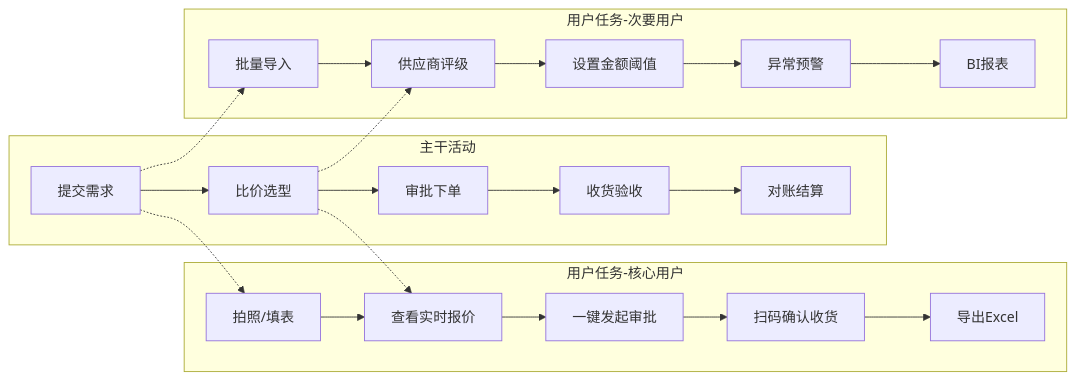
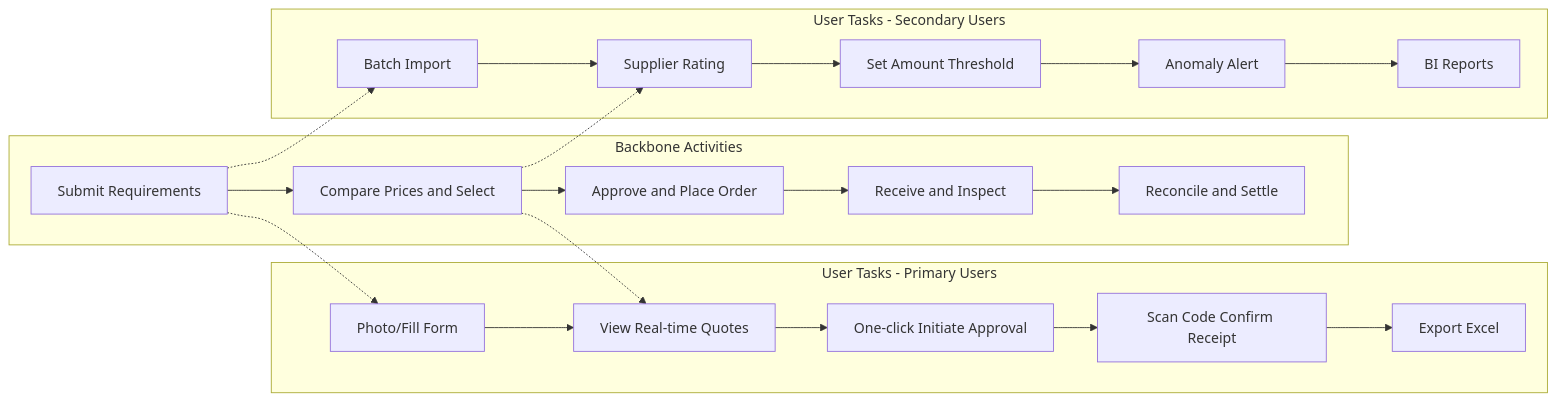
One commit to Kirky-X/cangjie changed the fifth of 17 diagrams in templates/产品/战略层/【模板】市场需求文档.md. Above: the diagram before and after it, drawn with Mermaid. The commit also changed other lines of this file and 60 other files, not shown here.

````diff
--- a/templates/产品/战略层/【模板】市场需求文档.md
+++ b/templates/产品/战略层/【模板】市场需求文档.md
@@ -224,19 +200,19 @@
 ```mermaid
 graph LR
-    subgraph 主干活动
-        A1[提交需求] --> A2[比价选型] --> A3[审批下单] --> A4[收货验收] --> A5[对账结算]
+    subgraph Backbone Activities
+        A1[Submit Requirements] --> A2[Compare Prices and Select] --> A3[Approve and Place Order] --> A4[Receive and Inspect] --> A5[Reconcile and Settle]
     end
 
-    subgraph 用户任务-核心用户
-        B1[拍照/填表] --> B2[查看实时报价] --> B3[一键发起审批] --> B4[扫码确认收货] --> B5[导出Excel]
+    subgraph User Tasks - Primary Users
+        B1[Photo/Fill Form] --> B2[View Real-time Quotes] --> B3[One-click Initiate Approval] --> B4[Scan Code Confirm Receipt] --> B5[Export Excel]
     end
 
-    subgraph 用户任务-次要用户
-        C1[批量导入] --> C2[供应商评级] --> C3[设置金额阈值] --> C4[异常预警] --> C5[BI报表]
+    subgraph User Tasks - Secondary Users
+        C1[Batch Import] --> C2[Supplier Rating] --> C3[Set Amount Threshold] --> C4[Anomaly Alert] --> C5[BI Reports]
     end
 
     A1 -.-> B1
     A1 -.-> C1
     A2 -.-> B2
     A2 -.-> C2
 ```
````
